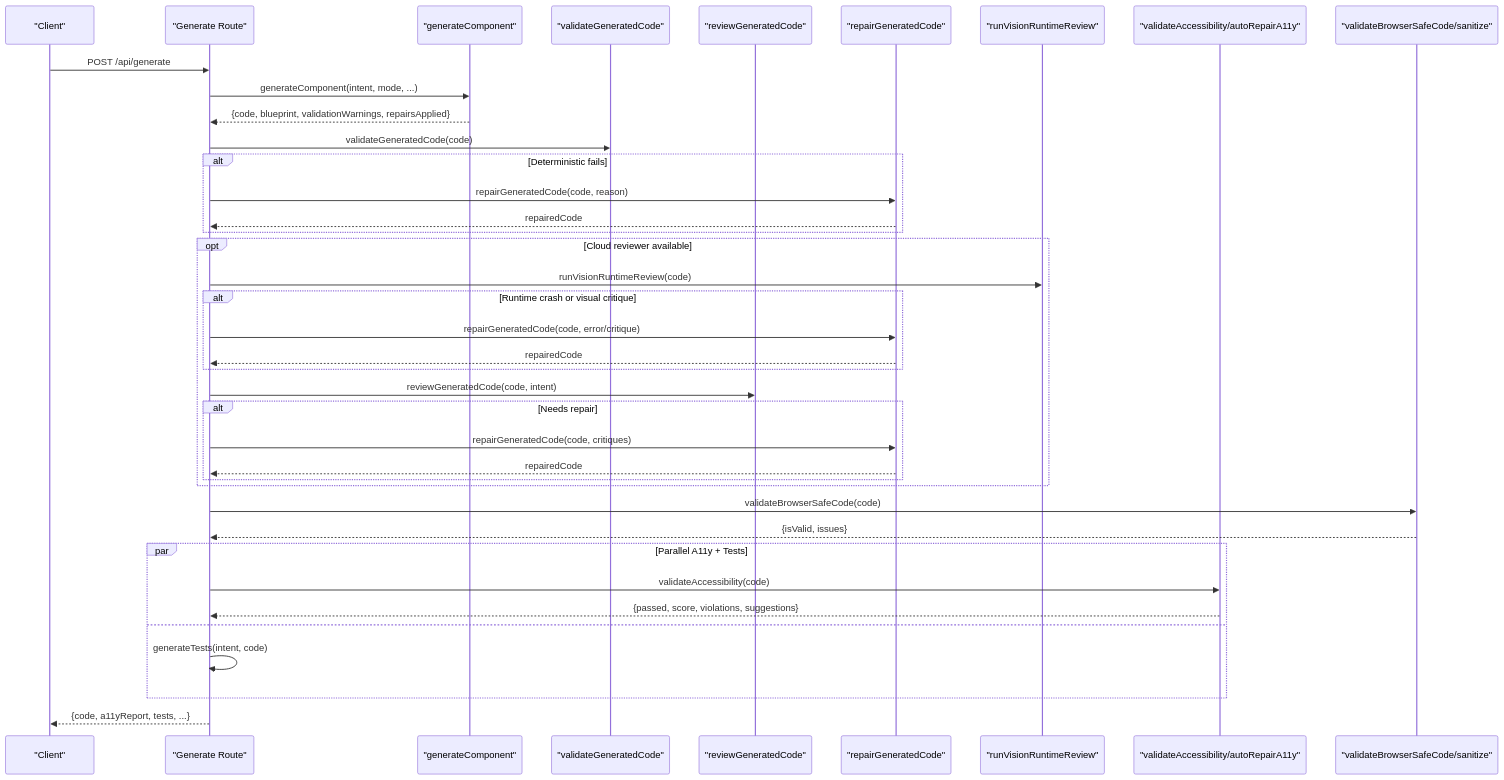
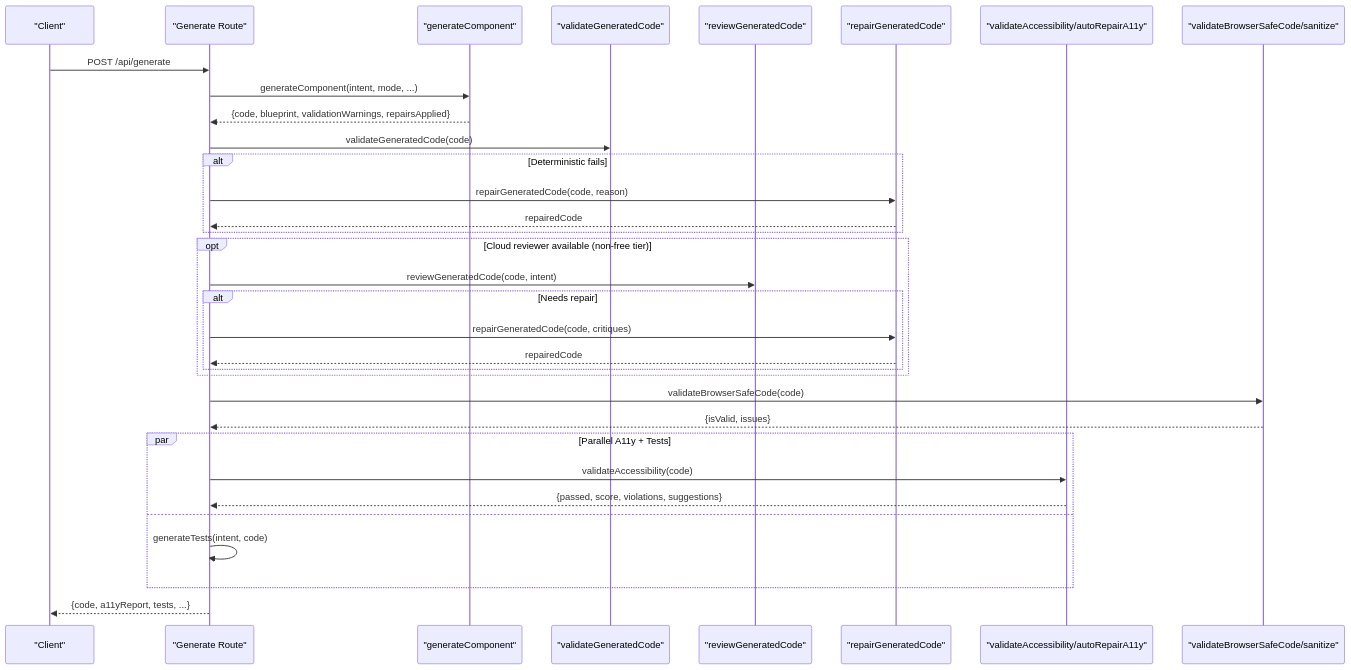
One commit to shekhargiri005-dotcom/AI-powered-accessibility-first-UI-engine changed the second of 8 diagrams in .qoder/repowiki/en/content/AI Generation Engine/Core Generation Pipeline/Validation & Repair System.md. Above: the diagram before and after it, drawn with Mermaid. The commit also changed other lines of this file and 38 other files, not shown here.

````diff
--- a/.qoder/repowiki/en/content/AI Generation Engine/Core Generation Pipeline/Validation & Repair System.md
+++ b/.qoder/repowiki/en/content/AI Generation Engine/Core Generation Pipeline/Validation & Repair System.md
@@ -117,41 +121,35 @@
 ```mermaid
 sequenceDiagram
 participant Client as "Client"
 participant Route as "Generate Route"
 participant Gen as "generateComponent"
 participant CV as "validateGeneratedCode"
 participant UR as "reviewGeneratedCode"
 participant RR as "repairGeneratedCode"
-participant VR as "runVisionRuntimeReview"
 participant AV as "validateAccessibility/autoRepairA11y"
 participant SEC as "validateBrowserSafeCode/sanitize"
 Client->>Route : POST /api/generate
 Route->>Gen : generateComponent(intent, mode, ...)
 Gen-->>Route : {code, blueprint, validationWarnings, repairsApplied}
 Route->>CV : validateGeneratedCode(code)
 alt Deterministic fails
 Route->>RR : repairGeneratedCode(code, reason)
 RR-->>Route : repairedCode
 end
-opt Cloud reviewer available
-Route->>VR : runVisionRuntimeReview(code)
-alt Runtime crash or visual critique
-Route->>RR : repairGeneratedCode(code, error/critique)
-RR-->>Route : repairedCode
-end
+opt Cloud reviewer available (non-free tier)
 Route->>UR : reviewGeneratedCode(code, intent)
 alt Needs repair
 Route->>RR : repairGeneratedCode(code, critiques)
 RR-->>Route : repairedCode
 end
 end
 Route->>SEC : validateBrowserSafeCode(code)
 SEC-->>Route : {isValid, issues}
 par Parallel A11y + Tests
 Route->>AV : validateAccessibility(code)
 AV-->>Route : {passed, score, violations, suggestions}
 and
 Route->>Route : generateTests(intent, code)
 end
 Route-->>Client : {code, a11yReport, tests, ...}
 ```
````
